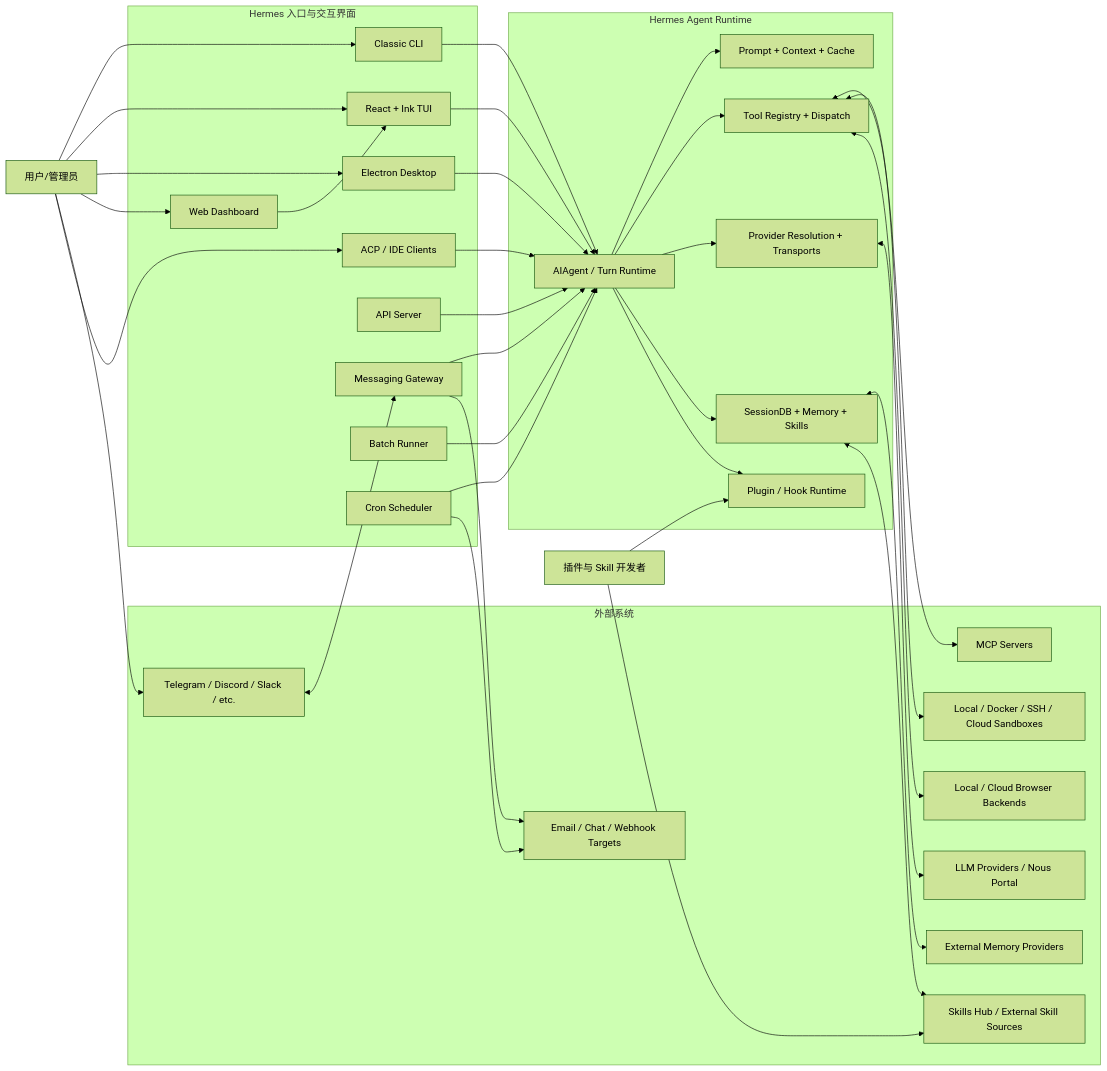
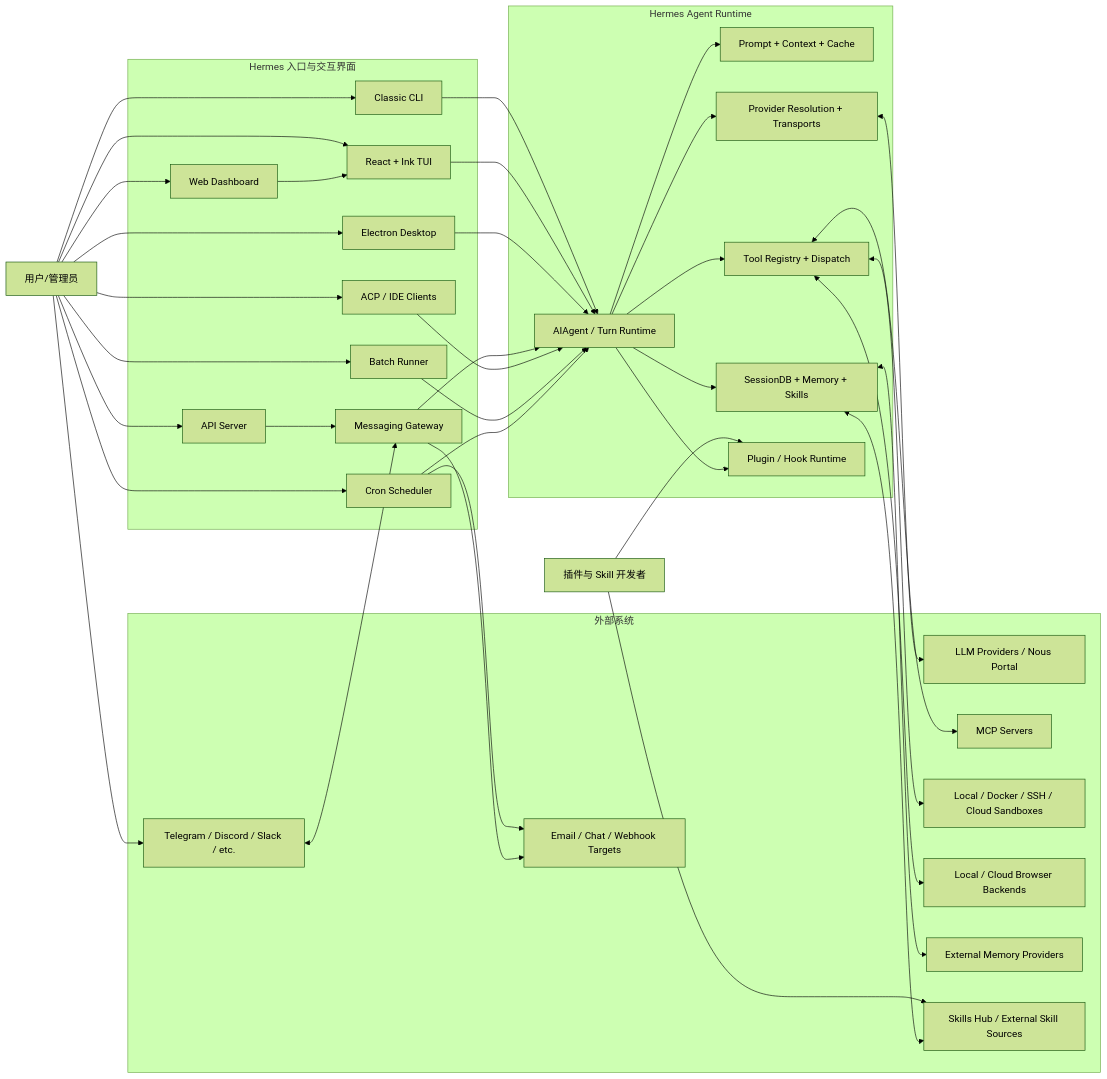
Before and after one commit to Carrie111998/Hermes: the diagram in docs/research/hermes-agent/architecture/system-context.md, drawn with Mermaid (forest theme). The commit also changed other lines of this file and 6 other files, not shown here.

````diff
--- a/docs/research/hermes-agent/architecture/system-context.md
+++ b/docs/research/hermes-agent/architecture/system-context.md
@@ -17,72 +17,75 @@
 ```mermaid
 flowchart LR
     User[用户/管理员]
     Developer[插件与 Skill 开发者]
 
     subgraph Surfaces[Hermes 入口与交互界面]
         CLI[Classic CLI]
         TUI[React + Ink TUI]
         Desktop[Electron Desktop]
         Dashboard[Web Dashboard]
         Gateway[Messaging Gateway]
         API[API Server]
         ACP[ACP / IDE Clients]
         Batch[Batch Runner]
         Scheduler[Cron Scheduler]
     end
 
     subgraph Core[Hermes Agent Runtime]
         Agent[AIAgent / Turn Runtime]
         Prompt[Prompt + Context + Cache]
         ToolRuntime[Tool Registry + Dispatch]
         ProviderRuntime[Provider Resolution + Transports]
         Persistence[SessionDB + Memory + Skills]
         Plugins[Plugin / Hook Runtime]
     end
 
     subgraph External[外部系统]
         Models[LLM Providers / Nous Portal]
         MCP[MCP Servers]
         Messaging[Telegram / Discord / Slack / etc.]
         Exec[Local / Docker / SSH / Cloud Sandboxes]
         Browser[Local / Cloud Browser Backends]
         MemoryProviders[External Memory Providers]
         SkillHub[Skills Hub / External Skill Sources]
         Delivery[Email / Chat / Webhook Targets]
     end
 
     User --> CLI
     User --> TUI
     User --> Desktop
     User --> Dashboard
     User --> Messaging
+    User --> API
     User --> ACP
+    User --> Batch
+    User --> Scheduler
     Developer --> Plugins
     Developer --> SkillHub
 
     Messaging <--> Gateway
     CLI --> Agent
     TUI --> Agent
     Desktop --> Agent
     Dashboard --> TUI
     Gateway --> Agent
-    API --> Agent
+    API --> Gateway
     ACP --> Agent
     Batch --> Agent
     Scheduler --> Agent
 
     Agent --> Prompt
     Agent --> ToolRuntime
     Agent --> ProviderRuntime
     Agent --> Persistence
     Agent --> Plugins
 
     ProviderRuntime <--> Models
     ToolRuntime <--> MCP
     ToolRuntime <--> Exec
     ToolRuntime <--> Browser
     Persistence <--> MemoryProviders
     Persistence <--> SkillHub
     Scheduler --> Delivery
     Gateway --> Delivery
 ```
````
